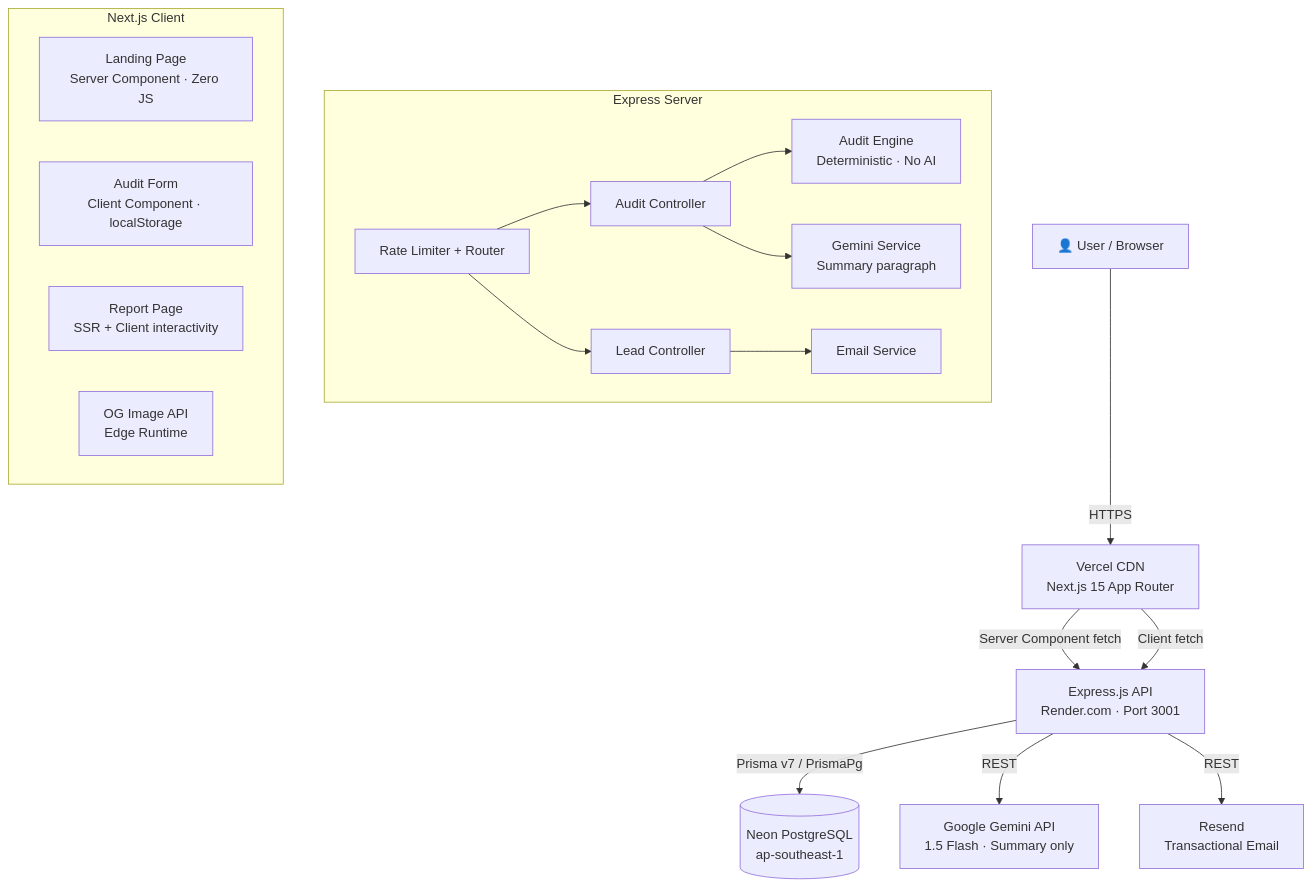
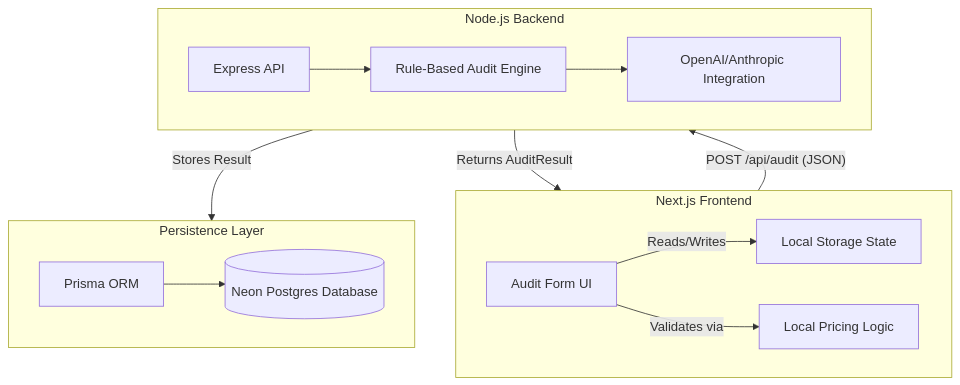
One commit to Grizzy100/AI-Spend-Auditor changed the diagram in ARCHITECTURE.md. Above: the diagram before and after it, drawn with Mermaid. The commit also changed other lines of this file and 11 other files, not shown here.

````diff
--- a/ARCHITECTURE.md
+++ b/ARCHITECTURE.md
@@ -8,32 +5,28 @@
 ```mermaid
 graph TD
-    User[👤 User / Browser] -->|HTTPS| Vercel[Vercel CDN<br/>Next.js 15 App Router]
-    
-    Vercel -->|Server Component fetch| Express[Express.js API<br/>Render.com · Port 3001]
-    Vercel -->|Client fetch| Express
-    
-    Express -->|Prisma v7 / PrismaPg| Neon[(Neon PostgreSQL<br/>ap-southeast-1)]
-    Express -->|REST| Gemini[Google Gemini API<br/>1.5 Flash · Summary only]
-    Express -->|REST| Resend[Resend<br/>Transactional Email]
-    
-    subgraph "Express Server"
-        Router[Rate Limiter + Router]
-        AuditController[Audit Controller]
-        AuditEngine[Audit Engine<br/>Deterministic · No AI]
-        GeminiService[Gemini Service<br/>Summary paragraph]
-        EmailService[Email Service]
-        LeadController[Lead Controller]
-        Router --> AuditController
-        Router --> LeadController
-        AuditController --> AuditEngine
-        AuditController --> GeminiService
-        LeadController --> EmailService
+    subgraph Client [Next.js Frontend]
+        UI[Audit Form UI]
+        PricingLib[Local Pricing Logic]
+        State[Local Storage State]
+        UI -->|Reads/Writes| State
+        UI -->|Validates via| PricingLib
     end
 
-    subgraph "Next.js Client"
-        Landing[Landing Page<br/>Server Component · Zero JS]
-        AuditForm[Audit Form<br/>Client Component · localStorage]
-        ReportPage[Report Page<br/>SSR + Client interactivity]
-        OGImage[OG Image API<br/>Edge Runtime]
+    subgraph Server [Node.js Backend]
+        API[Express API]
+        AuditEngine[Rule-Based Audit Engine]
+        LLM[OpenAI/Anthropic Integration]
+        API --> AuditEngine
+        AuditEngine --> LLM
     end
+
+    subgraph Data [Persistence Layer]
+        Prisma[Prisma ORM]
+        DB[(Neon Postgres Database)]
+        Prisma --> DB
+    end
+
+    Client -- "POST /api/audit (JSON)" --> Server
+    Server -- "Stores Result" --> Data
+    Server -- "Returns AuditResult" --> Client
 ```
````
